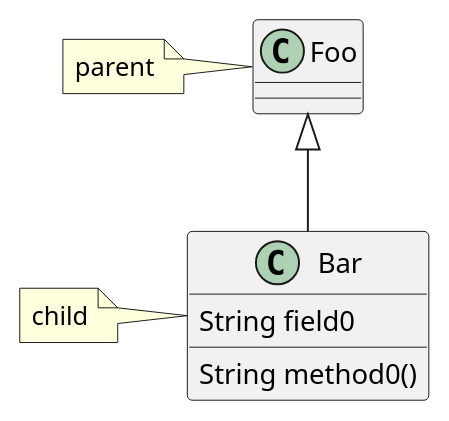
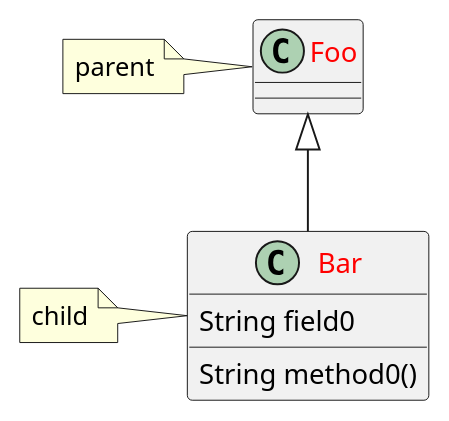
Before and after one commit to wiloon/blog: the third of 7 diagrams in content/post/archive-3/2020-01-26-plantuml-puml-vs-code.md, drawn with PlantUML. The commit also changed other lines of this file, not shown here.

````diff
--- a/content/post/archive-3/2020-01-26-plantuml-puml-vs-code.md
+++ b/content/post/archive-3/2020-01-26-plantuml-puml-vs-code.md
@@ -50,13 +50,15 @@
 ```puml
 @startuml
+skinparam classFontColor red
+
 class Foo
 note left: parent
 
 class Bar
 Bar : String field0
 Bar : String method0()
 
 Foo<|--Bar
 note left: child
 @enduml
 ```
````
